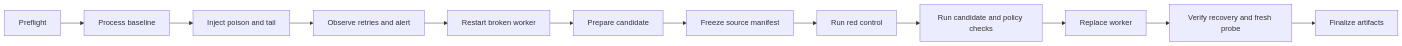
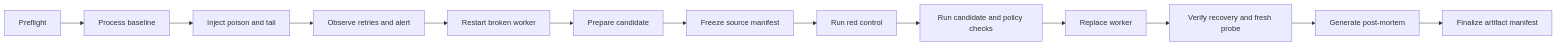
The third of 3 diagrams in README.md (bulatgrzegorz/incident-repair-harness), drawn with Mermaid before and after one commit. The commit also changed other lines of this file and 8 other files, not shown here.

Commit message:
post-mortem

````diff
--- a/README.md
+++ b/README.md
@@ -133,14 +157,15 @@
 ```mermaid
 flowchart LR
     A[Preflight] --> B[Process baseline]
     B --> C[Inject poison and tail]
     C --> D[Observe retries and alert]
     D --> E[Restart broken worker]
     E --> F[Prepare candidate]
     F --> G[Freeze source manifest]
     G --> H[Run red control]
     H --> I[Run candidate and policy checks]
     I --> J[Replace worker]
     J --> K[Verify recovery and fresh probe]
-    K --> L[Finalize artifacts]
+    K --> L[Generate post-mortem]
+    L --> M[Finalize artifact manifest]
 ```
````
